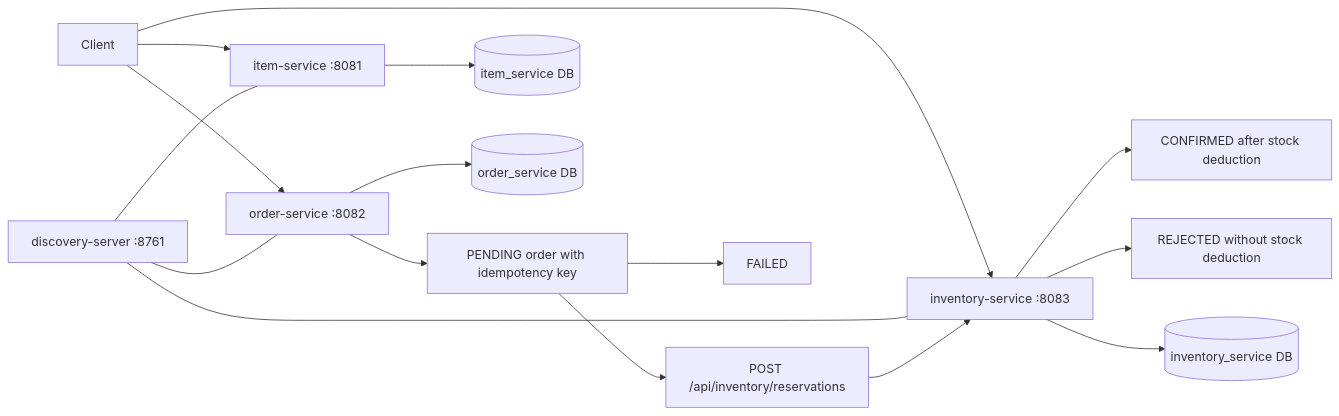
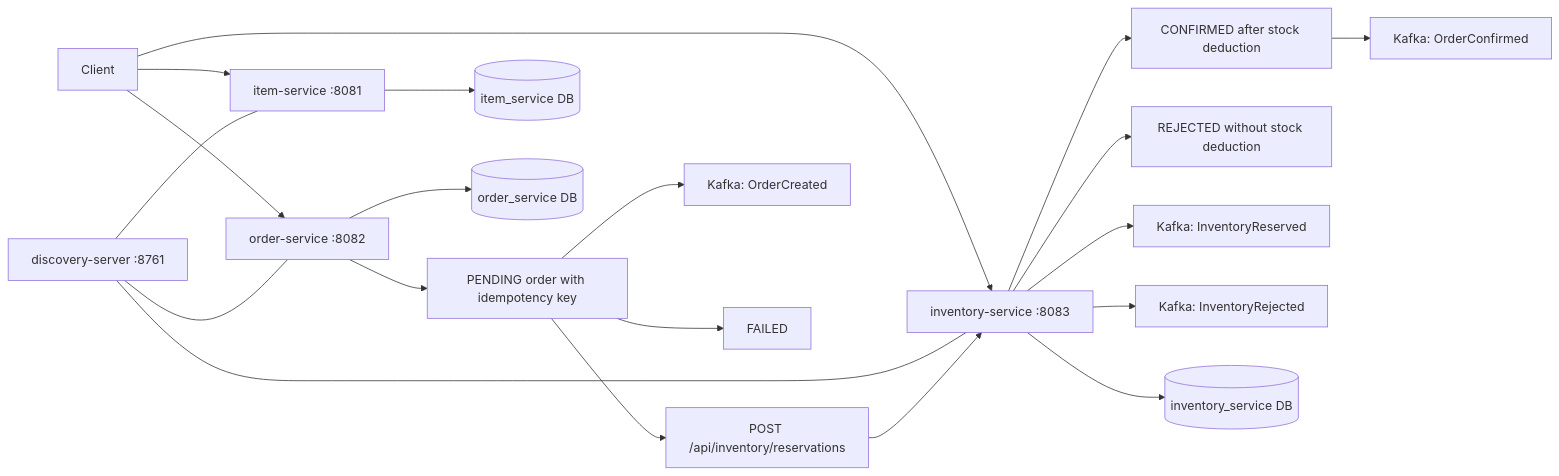
One commit to byte2code/cnkart changed the diagram in README.md. Above: the diagram before and after it, drawn with Mermaid. The commit also changed other lines of this file and 15 other files, not shown here.

````diff
--- a/README.md
+++ b/README.md
@@ -215,20 +226,24 @@
 ```mermaid
 flowchart LR
     Client[Client] --> Order["order-service :8082"]
     Client --> Item["item-service :8081"]
     Client --> Inventory["inventory-service :8083"]
 
     Discovery["discovery-server :8761"] --- Item
     Discovery --- Inventory
     Discovery --- Order
 
     Order --> Pending["PENDING order with idempotency key"]
     Pending --> Reservation["POST /api/inventory/reservations"]
     Reservation --> Inventory
+    Pending --> OrderCreated["Kafka: OrderCreated"]
     Inventory --> Confirmed["CONFIRMED after stock deduction"]
     Inventory --> Rejected["REJECTED without stock deduction"]
+    Inventory --> InventoryReserved["Kafka: InventoryReserved"]
+    Inventory --> InventoryRejected["Kafka: InventoryRejected"]
+    Confirmed --> OrderConfirmed["Kafka: OrderConfirmed"]
     Pending --> Failed["FAILED"]
     Item --> ItemDB[(item_service DB)]
     Inventory --> InvDB[(inventory_service DB)]
     Order --> OrderDB[(order_service DB)]
 ```
````
